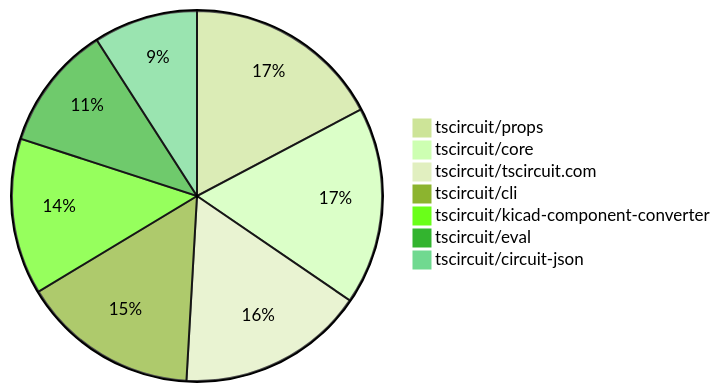
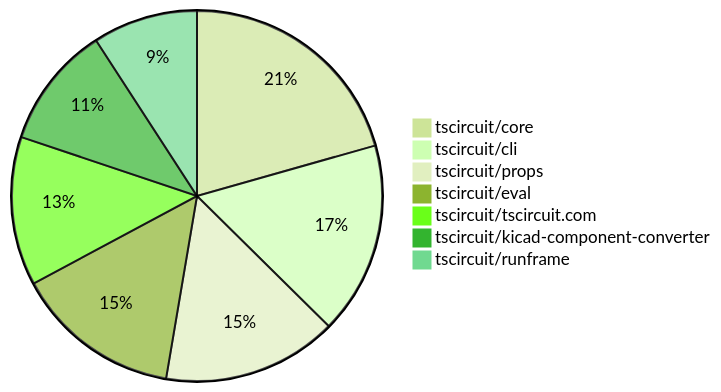
Before and after one commit to tscircuit/contribution-tracker: the second of 2 diagrams in README.md, drawn with Mermaid (forest theme). The commit also changed other lines of this file and 3 other files, not shown here.

````diff
--- a/README.md
+++ b/README.md
@@ -107,10 +114,10 @@
 ```mermaid
 pie
-    "tscircuit/props" : 19
-    "tscircuit/core" : 19
-    "tscircuit/tscircuit.com" : 18
-    "tscircuit/cli" : 17
-    "tscircuit/kicad-component-converter" : 15
-    "tscircuit/eval" : 12
-    "tscircuit/circuit-json" : 10
+    "tscircuit/core" : 27
+    "tscircuit/cli" : 22
+    "tscircuit/props" : 20
+    "tscircuit/eval" : 19
+    "tscircuit/tscircuit.com" : 17
+    "tscircuit/kicad-component-converter" : 14
+    "tscircuit/runframe" : 12
 ```
````
